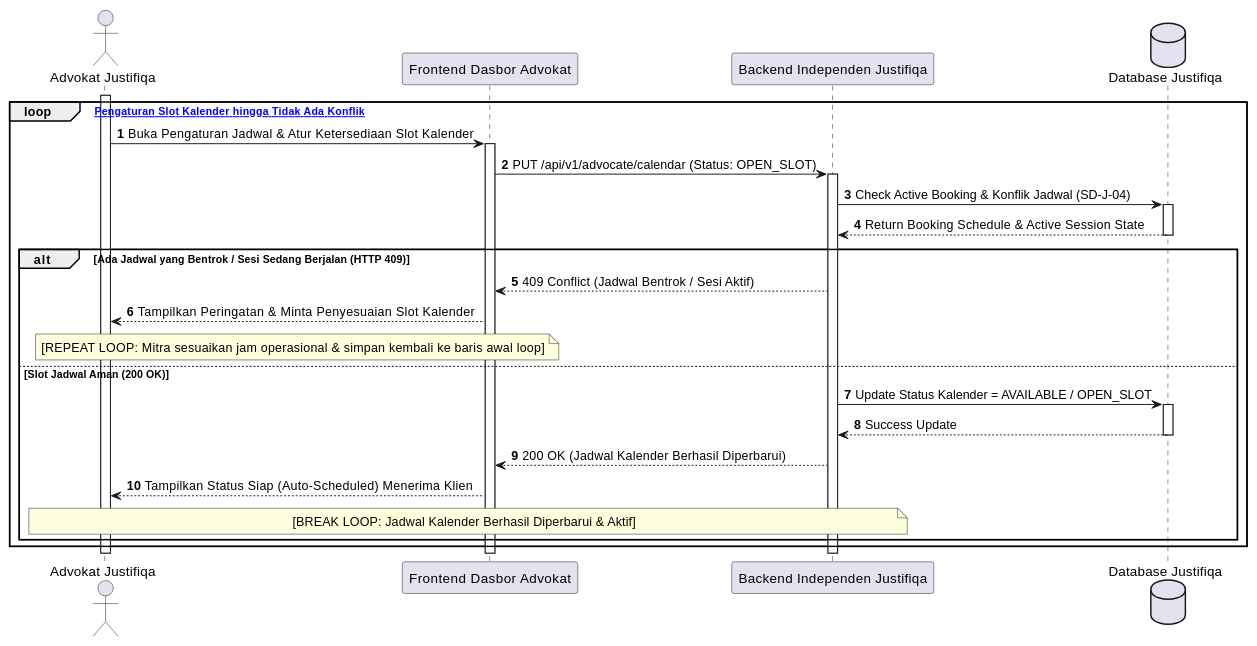
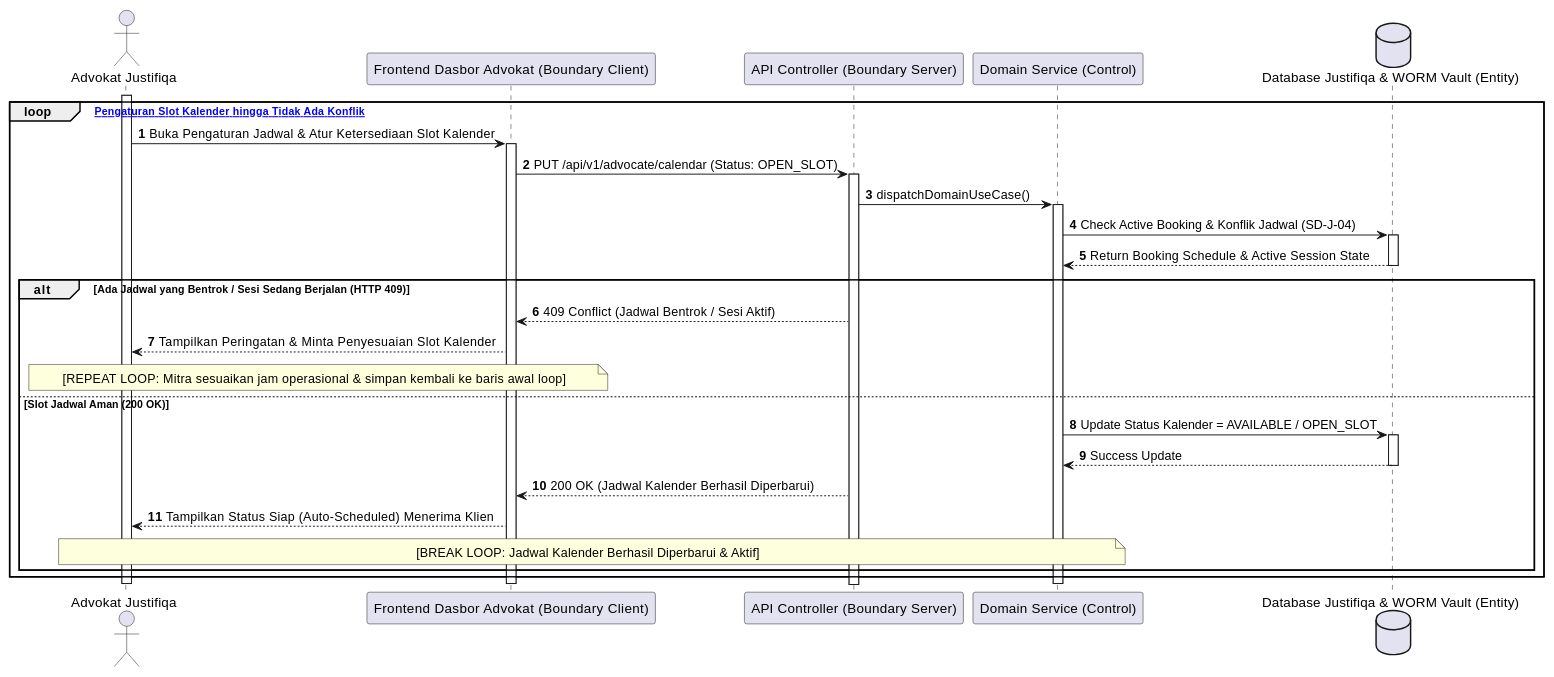
One commit to tupperwureism/SuperApp-Gagal changed the fourth of 28 diagrams in MarkDown/plantuml_sequence_diagrams.md. Above: the diagram before and after it, drawn with PlantUML. The commit also changed other lines of this file and 1 other file, not shown here.

Commit message:
refactor(sequence-diagrams): upgrade all 28 Sequence Diagrams to Component-Level 5-Lifeline BCE Architecture

````diff
--- a/MarkDown/plantuml_sequence_diagrams.md
+++ b/MarkDown/plantuml_sequence_diagrams.md
@@ -459,33 +213,36 @@
 ```plantuml
 @startuml
 autonumber
 actor "Advokat Justifiqa" as Mitra
-participant "Frontend Dasbor Advokat" as FE
-participant "Backend Independen Justifiqa" as BE
-database "Database Justifiqa" as DB
+participant "Frontend Dasbor Advokat (Boundary Client)" as B_FE
+participant "API Controller (Boundary Server)" as B_BE
+participant "Domain Service (Control)" as C_Svc
+participant "Backend Independen Justifiqa" as C_Svc
+database "Database Justifiqa & WORM Vault (Entity)" as E_DB
 
 activate Mitra
 loop [Percobaan Pengaturan Slot Kalender hingga Tidak Ada Konflik]
-    Mitra -> FE ++ : Buka Pengaturan Jadwal & Atur Ketersediaan Slot Kalender
-    FE -> BE ++ : PUT /api/v1/advocate/calendar (Status: OPEN_SLOT)
+    Mitra -> B_FE ++ : Buka Pengaturan Jadwal & Atur Ketersediaan Slot Kalender
+    B_FE -> B_BE ++ : PUT /api/v1/advocate/calendar (Status: OPEN_SLOT)
+    B_BE -> C_Svc ++ : dispatchDomainUseCase()
 
-    BE -> DB ++ : Check Active Booking & Konflik Jadwal (SD-J-04)
-    DB --> BE -- : Return Booking Schedule & Active Session State
+    C_Svc -> E_DB ++ : Check Active Booking & Konflik Jadwal (SD-J-04)
+    E_DB --> C_Svc -- : Return Booking Schedule & Active Session State
 
     alt Ada Jadwal yang Bentrok / Sesi Sedang Berjalan (HTTP 409)
-        BE --> FE : 409 Conflict (Jadwal Bentrok / Sesi Aktif)
-        FE --> Mitra : Tampilkan Peringatan & Minta Penyesuaian Slot Kalender
-        note over Mitra, FE : [REPEAT LOOP: Mitra sesuaikan jam operasional & simpan kembali ke baris awal loop]
+        B_BE --> B_FE : 409 Conflict (Jadwal Bentrok / Sesi Aktif)
+        B_FE --> Mitra : Tampilkan Peringatan & Minta Penyesuaian Slot Kalender
+        note over Mitra, B_FE : [REPEAT LOOP: Mitra sesuaikan jam operasional & simpan kembali ke baris awal loop]
     else Slot Jadwal Aman (200 OK)
-        BE -> DB ++ : Update Status Kalender = AVAILABLE / OPEN_SLOT
-        DB --> BE -- : Success Update
-        BE --> FE : 200 OK (Jadwal Kalender Berhasil Diperbarui)
-        FE --> Mitra : Tampilkan Status Siap (Auto-Scheduled) Menerima Klien
-        note over Mitra, BE : [BREAK LOOP: Jadwal Kalender Berhasil Diperbarui & Aktif]
+        C_Svc -> E_DB ++ : Update Status Kalender = AVAILABLE / OPEN_SLOT
+        E_DB --> C_Svc -- : Success Update
+        B_BE --> B_FE : 200 OK (Jadwal Kalender Berhasil Diperbarui)
+        B_FE --> Mitra : Tampilkan Status Siap (Auto-Scheduled) Menerima Klien
+        note over Mitra, C_Svc : [BREAK LOOP: Jadwal Kalender Berhasil Diperbarui & Aktif]
     end
 end
-deactivate BE
-deactivate FE
+deactivate C_Svc
+deactivate B_FE
 deactivate Mitra
 @enduml
 ```
````
